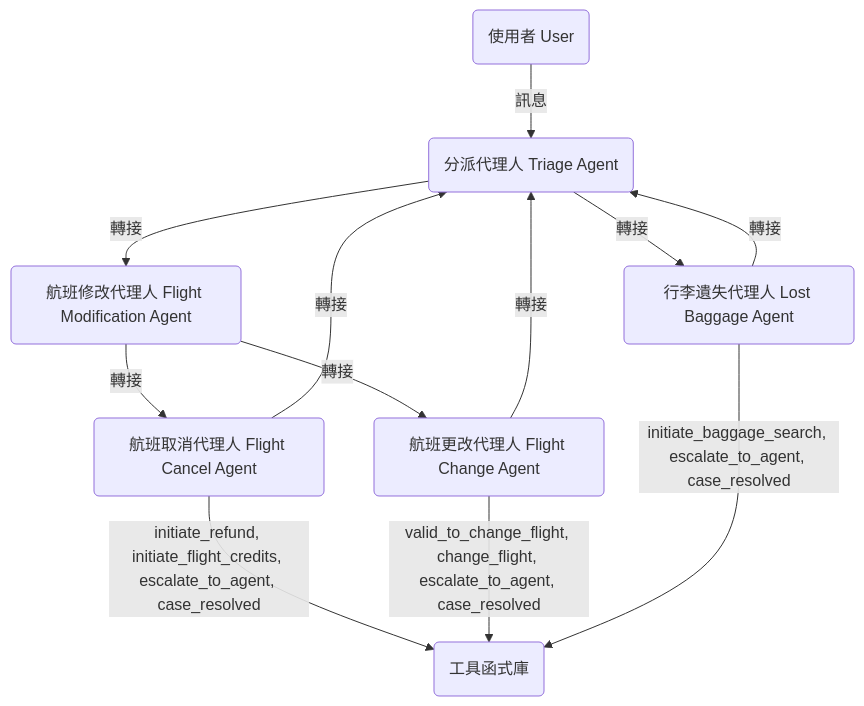
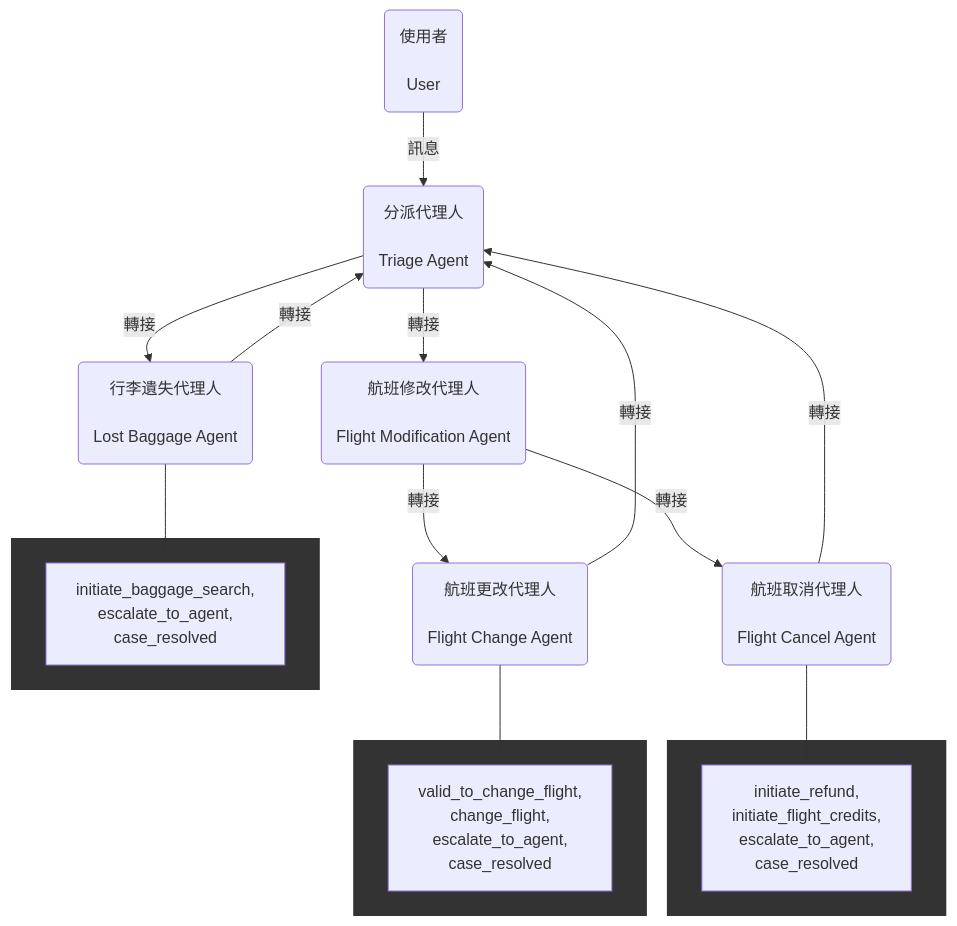
One commit to terryyangyungshun/multi-agent-customer-service changed the diagram in README.md. Above: the diagram before and after it, drawn with Mermaid. The commit also changed other lines of this file, not shown here.

Commit message:
修正 README.md，移除重複的「系統核心重點」標題 修正流程圖格式，新增工具子圖，提升可讀性

````diff
--- a/README.md
+++ b/README.md
@@ -57,22 +56,37 @@
 ```mermaid
 flowchart TD
-    User(使用者 User)
-    TriageAgent(分派代理人 Triage Agent)
-    FlightModification(航班修改代理人 Flight Modification Agent)
-    FlightCancel(航班取消代理人 Flight Cancel Agent)
-    FlightChange(航班更改代理人 Flight Change Agent)
-    LostBaggage(行李遺失代理人 Lost Baggage Agent)
-    Tools(工具函式庫)
+    User(使用者<br><br>User)
+    TriageAgent(分派代理人<br><br>Triage Agent)
+    FlightModification(航班修改代理人<br><br>Flight Modification Agent)
+    FlightCancel(航班取消代理人<br><br>Flight Cancel Agent)
+    FlightChange(航班更改代理人<br><br>Flight Change Agent)
+    LostBaggage(行李遺失代理人<br><br>Lost Baggage Agent)
 
+    %% 主流程
     User -->|訊息| TriageAgent
     TriageAgent -->|轉接| FlightModification
     TriageAgent -->|轉接| LostBaggage
     FlightModification -->|轉接| FlightCancel
     FlightModification -->|轉接| FlightChange
     FlightCancel -->|轉接| TriageAgent
     FlightChange -->|轉接| TriageAgent
     LostBaggage -->|轉接| TriageAgent
-    FlightCancel -->|initiate_refund, initiate_flight_credits, escalate_to_agent, case_resolved| Tools
-    FlightChange -->|valid_to_change_flight, change_flight, escalate_to_agent, case_resolved| Tools
-    LostBaggage -->|initiate_baggage_search, escalate_to_agent, case_resolved| Tools
+
+    subgraph cancel_tools [Tool Set&nbsp;&nbsp;&nbsp;&nbsp;&nbsp;&nbsp;&nbsp;&nbsp;&nbsp;&nbsp;&nbsp;&nbsp;&nbsp;&nbsp;&nbsp;&nbsp;&nbsp;&nbsp;&nbsp;&nbsp;&nbsp;&nbsp;&nbsp;&nbsp;&nbsp;&nbsp;&nbsp;]
+        style cancel_tools fill:#333,stroke:none
+        cancel_ops[initiate_refund,<br>initiate_flight_credits,<br>escalate_to_agent,<br>case_resolved]
+    end
+    subgraph change_tools [Tool Set&nbsp;&nbsp;&nbsp;&nbsp;&nbsp;&nbsp;&nbsp;&nbsp;&nbsp;&nbsp;&nbsp;&nbsp;&nbsp;&nbsp;&nbsp;&nbsp;&nbsp;&nbsp;&nbsp;&nbsp;&nbsp;&nbsp;&nbsp;&nbsp;&nbsp;&nbsp;&nbsp;]
+        style change_tools fill:#333,stroke:none
+        change_ops[valid_to_change_flight,<br>change_flight,<br>escalate_to_agent,<br>case_resolved]
+    end
+    subgraph baggage_tools [Tool Set&nbsp;&nbsp;&nbsp;&nbsp;&nbsp;&nbsp;&nbsp;&nbsp;&nbsp;&nbsp;&nbsp;&nbsp;&nbsp;&nbsp;&nbsp;&nbsp;&nbsp;&nbsp;&nbsp;&nbsp;&nbsp;&nbsp;&nbsp;&nbsp;&nbsp;&nbsp;&nbsp;]
+        style baggage_tools fill:#333,stroke:none
+        baggage_ops[initiate_baggage_search,<br>escalate_to_agent,<br>case_resolved]
+    end
+
+    FlightCancel --> cancel_ops
+    FlightChange --> change_ops
+    LostBaggage --> baggage_ops
+
 ```
````
